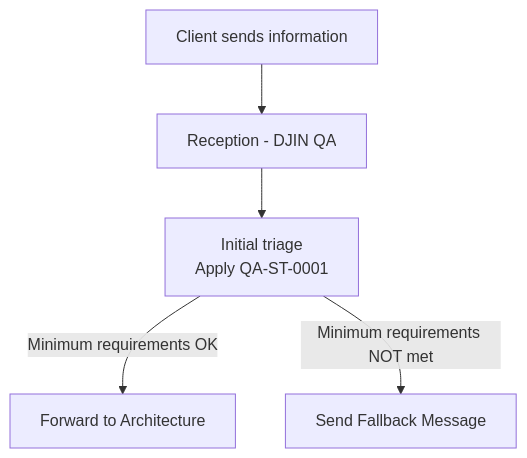
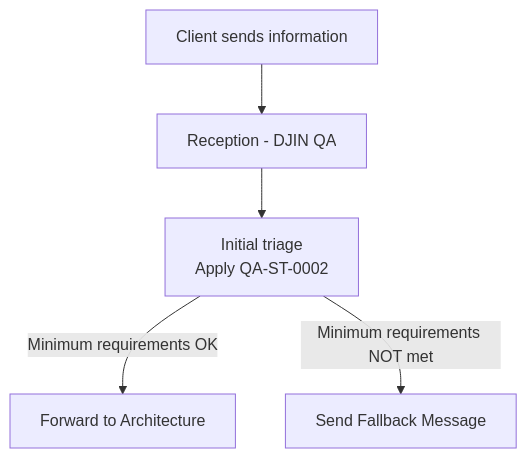
Before and after one commit to dtechmaster/djin-work: the second of 2 diagrams in processes/en/QA/QA-P-0001.md, drawn with Mermaid. The commit also changed other lines of this file and 5 other files, not shown here.

````diff
--- a/processes/en/QA/QA-P-0001.md
+++ b/processes/en/QA/QA-P-0001.md
@@ -41,12 +41,12 @@
 ```mermaid
 flowchart TD
 
     A["Client sends information"] --> B["Reception - DJIN QA"]
 
     B --> C["Initial triage
-Apply QA-ST-0001"]
+Apply QA-ST-0002"]
 
     C -->|Minimum requirements OK| D["Forward to Architecture"]
     C -->|Minimum requirements NOT met| E["Send Fallback Message"]
     
 ```
````
